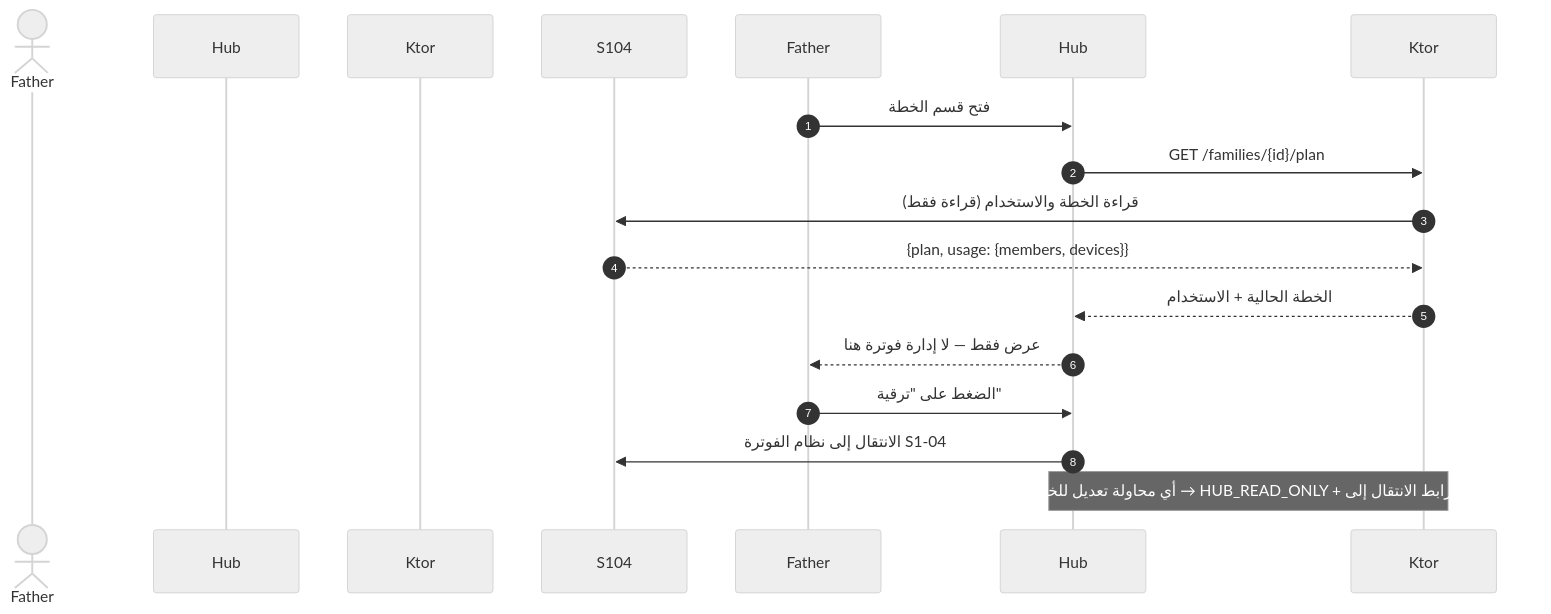
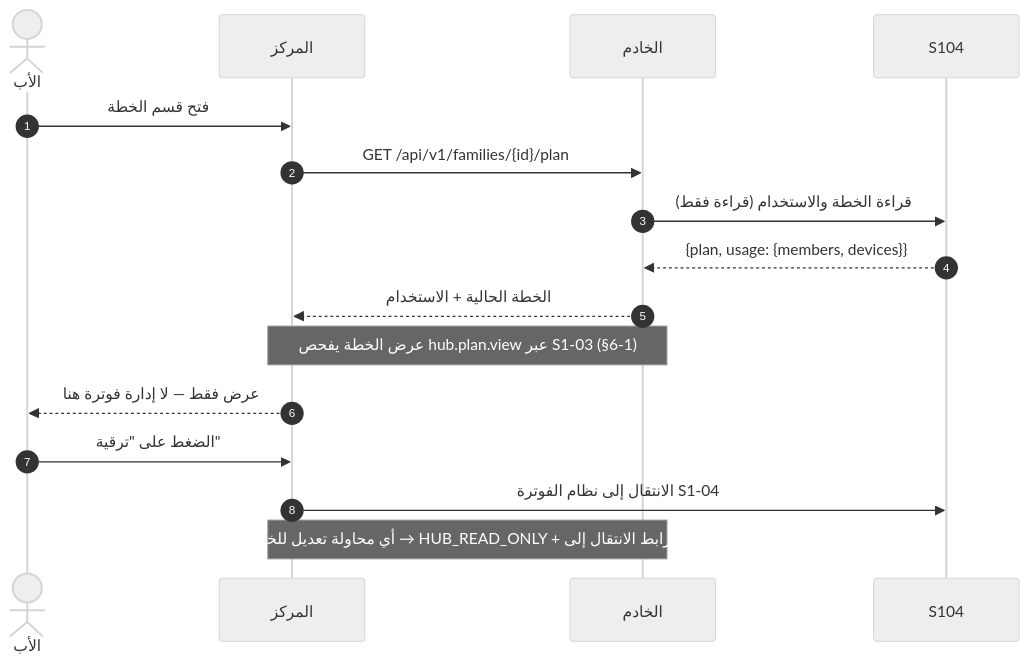
One commit to Bassam-mohammed-alqaeadi/family-os-v2 changed the seventh of 12 diagrams in docs/family-os/governance/phases/phase-1/S1-09-command-center-and-settings/DIAGRAMS.md. Above: the diagram before and after it, drawn with Mermaid (neutral theme). The commit also changed other lines of this file and 10 other files, not shown here.

Commit message:
إغلاق المراجعة الشاملة R1–R5 (Q-196…Q-231) — المخططات DIAGRAMS + خريطة السياق (2/4)

````diff
--- a/docs/family-os/governance/phases/phase-1/S1-09-command-center-and-settings/DIAGRAMS.md
+++ b/docs/family-os/governance/phases/phase-1/S1-09-command-center-and-settings/DIAGRAMS.md
@@ -274,17 +287,18 @@
 ```mermaid
 sequenceDiagram
     autonumber
-    actor الأب as Father
-    participant المركز as Hub
-    participant الخادم as Ktor
+    actor Father as الأب
+    participant Hub as المركز
+    participant Ktor as الخادم
     participant S104 as S104
     Father->>Hub: فتح قسم الخطة
-    Hub->>Ktor: GET /families/{id}/plan
+    Hub->>Ktor: GET /api/v1/families/{id}/plan
     Ktor->>S104: قراءة الخطة والاستخدام (قراءة فقط)
     S104-->>Ktor: {plan, usage: {members, devices}}
     Ktor-->>Hub: الخطة الحالية + الاستخدام
+    Note over Hub,Ktor: عرض الخطة يفحص hub.plan.view عبر S1-03 (§6-1)
     Hub-->>Father: عرض فقط — لا إدارة فوترة هنا
     Father->>Hub: الضغط على "ترقية"
     Hub->>S104: الانتقال إلى نظام الفوترة S1-04
     Note over Hub,Ktor: أي محاولة تعديل للخطة من المركز → HUB_READ_ONLY + رابط الانتقال إلى S1-04 (§7-3)
 ```
````
